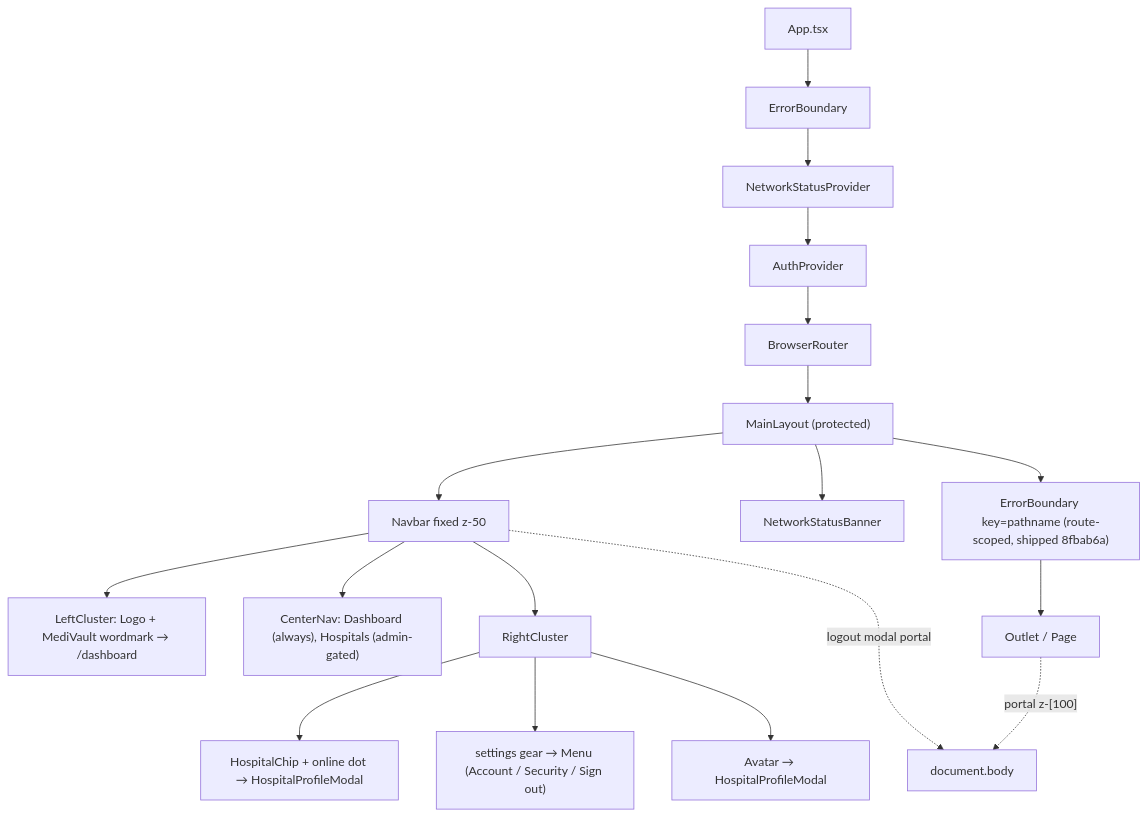
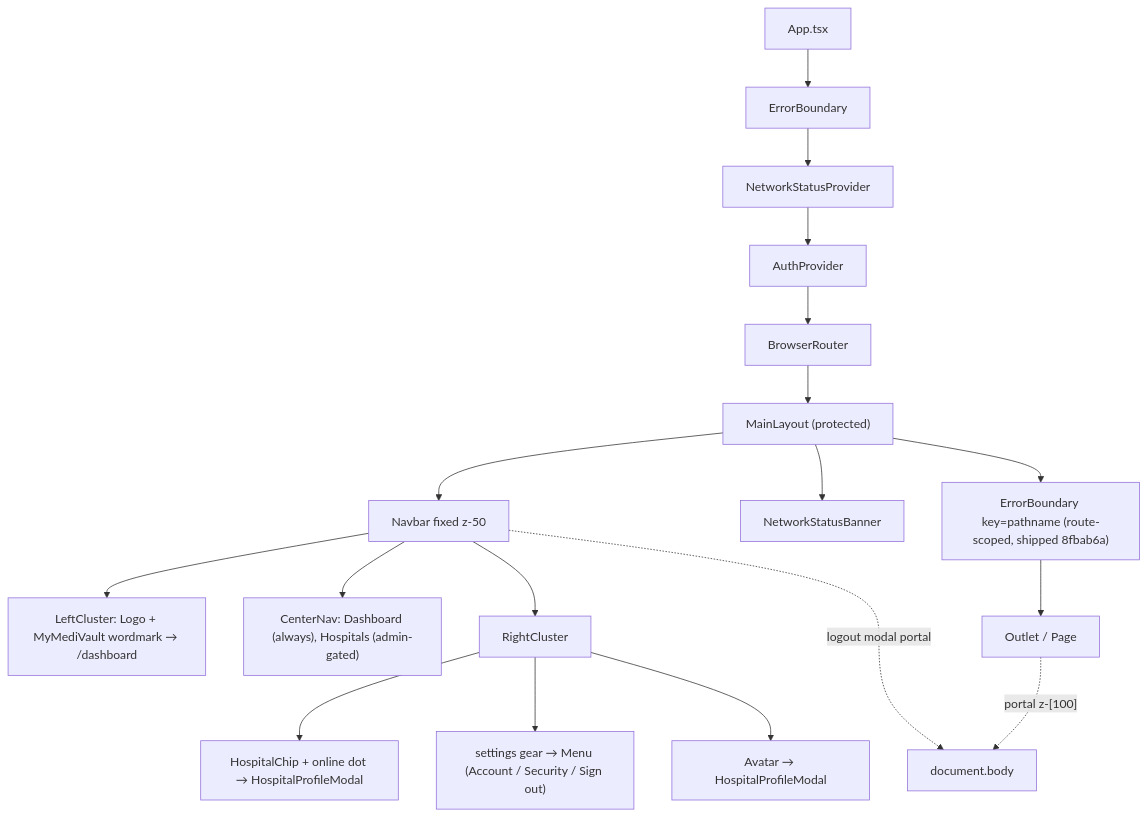
One commit to urvagandhi/Hospital-Management changed diagram 15 of 30 in docs/audit/03-architecture-diagrams.md. Above: the diagram before and after it, drawn with Mermaid. The commit also changed other lines of this file and 74 other files, not shown here.

Commit message:
chore: rebrand platform from MediVault to MyMediVault across all documentation, frontend components, and backend configurations.

````diff
--- a/docs/audit/03-architecture-diagrams.md
+++ b/docs/audit/03-architecture-diagrams.md
@@ -568,21 +568,21 @@
 ```mermaid
 flowchart TB
   Body["document.body"]
   App["App.tsx"] --> EB["ErrorBoundary"]
   EB --> NS["NetworkStatusProvider"]
   NS --> Auth["AuthProvider"]
   Auth --> Router["BrowserRouter"]
   Router --> ML["MainLayout (protected)"]
   ML --> NB["Navbar fixed z-50"]
-  NB --> LC["LeftCluster: Logo + MediVault wordmark → /dashboard"]
+  NB --> LC["LeftCluster: Logo + MyMediVault wordmark → /dashboard"]
   NB --> CN["CenterNav: Dashboard (always), Hospitals (admin-gated)"]
   NB --> RC["RightCluster"]
   RC --> Chip["HospitalChip + online dot → HospitalProfileModal"]
   RC --> Gear["settings gear → Menu (Account / Security / Sign out)"]
   RC --> Av["Avatar → HospitalProfileModal"]
   ML --> NSB["NetworkStatusBanner"]
   ML --> InnerEB["ErrorBoundary key=pathname (route-scoped, shipped 8fbab6a)"]
   InnerEB --> Main["Outlet / Page"]
   Main -.portal z-[100].-> Body
   NB -.logout modal portal.-> Body
 ```
````
